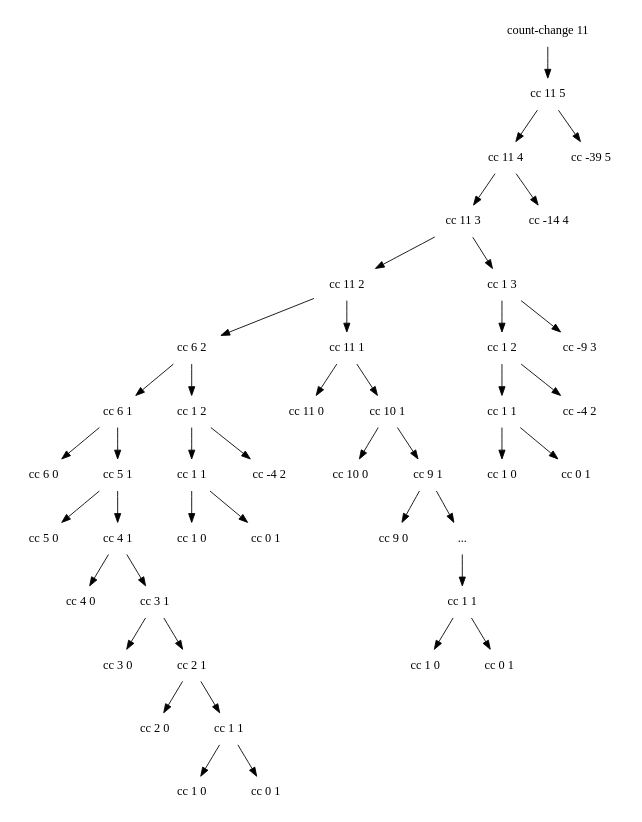
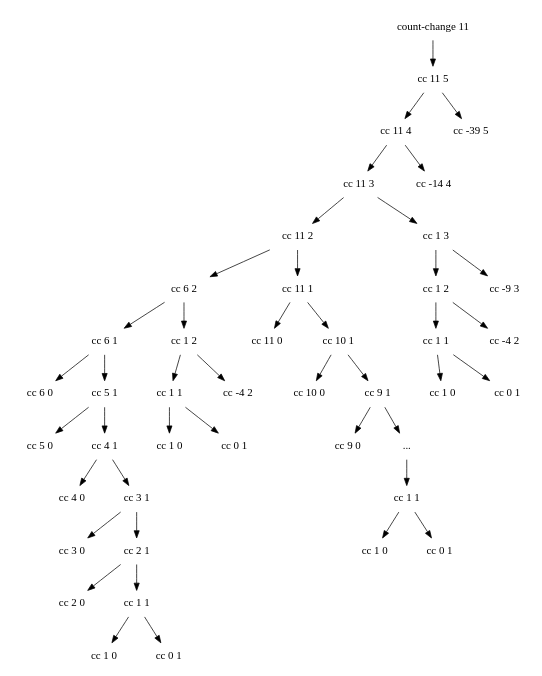
The diagram in res/ch01-ex14.dot (scjung/sicp), drawn with Graphviz before and after one commit. The commit also changed 7 other files, not shown here.

```diff
--- a/res/ch01-ex14.dot
+++ b/res/ch01-ex14.dot
@@ -1,89 +1,90 @@
 digraph G {
-size="8,8";
-1 [label="count-change 11", shape="none", fontname="Courier New Bold"];
-2 [label="cc 11 5", shape="none", fontname="Courier New Bold"];
-21 [label="cc 11 4", shape="none", fontname="Courier New Bold"];
-211 [label="cc 11 3", shape="none", fontname="Courier New Bold"];
-2111 [label="cc 11 2", shape="none", fontname="Courier New Bold"];
-21112 [label="cc 6 2", shape="none", fontname="Courier New Bold"];
-211121 [label="cc 6 1", shape="none", fontname="Courier New Bold"];
-2111211 [label="cc 6 0", shape="none", fontname="Courier New Bold"];
-2111212 [label="cc 5 1", shape="none", fontname="Courier New Bold"];
-21112121 [label="cc 5 0", shape="none", fontname="Courier New Bold"];
-21112122 [label="cc 4 1", shape="none", fontname="Courier New Bold"];
+size="6.5,6.5";
+ratio="compress";
+1 [label="count-change 11", shape="none", fontsize=15, fontname="Courier New Bold"];
+2 [label="cc 11 5", shape="none", fontsize=15, fontname="Courier New Bold"];
+21 [label="cc 11 4", shape="none", fontsize=15, fontname="Courier New Bold"];
+211 [label="cc 11 3", shape="none", fontsize=15, fontname="Courier New Bold"];
+2111 [label="cc 11 2", shape="none", fontsize=15, fontname="Courier New Bold"];
+21112 [label="cc 6 2", shape="none", fontsize=15, fontname="Courier New Bold"];
+211121 [label="cc 6 1", shape="none", fontsize=15, fontname="Courier New Bold"];
+2111211 [label="cc 6 0", shape="none", fontsize=15, fontname="Courier New Bold"];
+2111212 [label="cc 5 1", shape="none", fontsize=15, fontname="Courier New Bold"];
+21112121 [label="cc 5 0", shape="none", fontsize=15, fontname="Courier New Bold"];
+21112122 [label="cc 4 1", shape="none", fontsize=15, fontname="Courier New Bold"];
 2111212 -> 21112121;
 2111212 -> 21112122;
-211121221 [label="cc 4 0", shape="none", fontname="Courier New Bold"];
-211121222 [label="cc 3 1", shape="none", fontname="Courier New Bold"];
+211121221 [label="cc 4 0", shape="none", fontsize=15, fontname="Courier New Bold"];
+211121222 [label="cc 3 1", shape="none", fontsize=15, fontname="Courier New Bold"];
 21112122 -> 211121221;
 21112122 -> 211121222;
-2111212221 [label="cc 3 0", shape="none", fontname="Courier New Bold"];
-2111212222 [label="cc 2 1", shape="none", fontname="Courier New Bold"];
+2111212221 [label="cc 3 0", shape="none", fontsize=15, fontname="Courier New Bold"];
+2111212222 [label="cc 2 1", shape="none", fontsize=15, fontname="Courier New Bold"];
 211121222 -> 2111212221;
 211121222 -> 2111212222;
-21112122221 [label="cc 2 0", shape="none", fontname="Courier New Bold"];
-21112122222 [label="cc 1 1", shape="none", fontname="Courier New Bold"];
+21112122221 [label="cc 2 0", shape="none", fontsize=15, fontname="Courier New Bold"];
+21112122222 [label="cc 1 1", shape="none", fontsize=15, fontname="Courier New Bold"];
 2111212222 -> 21112122221;
 2111212222 -> 21112122222;
-211121222221 [label="cc 1 0", shape="none", fontname="Courier New Bold"];
-211121222222 [label="cc 0 1", shape="none", fontname="Courier New Bold"];
+211121222221 [label="cc 1 0", shape="none", fontsize=15, fontname="Courier New Bold"];
+211121222222 [label="cc 0 1", shape="none", fontsize=15, fontname="Courier New Bold"];
 21112122222 -> 211121222221;
 21112122222 -> 211121222222;
 
-211122 [label="cc 1 2", shape="none", fontname="Courier New Bold"];
-2111221 [label="cc 1 1", shape="none", fontname="Courier New Bold"];
-21112211 [label="cc 1 0", shape="none", fontname="Courier New Bold"];
-21112212 [label="cc 0 1", shape="none", fontname="Courier New Bold"];
-2111222 [label="cc -4 2", shape="none", fontname="Courier New Bold"];
+211122 [label="cc 1 2", shape="none", fontsize=15, fontname="Courier New Bold"];
+2111221 [label="cc 1 1", shape="none", fontsize=15, fontname="Courier New Bold"];
+21112211 [label="cc 1 0", shape="none", fontsize=15, fontname="Courier New Bold"];
+21112212 [label="cc 0 1", shape="none", fontsize=15, fontname="Courier New Bold"];
+2111222 [label="cc -4 2", shape="none", fontsize=15, fontname="Courier New Bold"];
 211122 -> 2111221;
 211122 -> 2111222;
 2111221 -> 21112211;
 2111221 -> 21112212;
-2112 [label="cc 1 3", shape="none", fontname="Courier New Bold"];
-21121 [label="cc 1 2", shape="none", fontname="Courier New Bold"];
-211211 [label="cc 1 1", shape="none", fontname="Courier New Bold"];
-2112111 [label="cc 1 0", shape="none", fontname="Courier New Bold"];
-2112112 [label="cc 0 1", shape="none", fontname="Courier New Bold"];
-211212 [label="cc -4 2", shape="none", fontname="Courier New Bold"];
-21122 [label="cc -9 3", shape="none", fontname="Courier New Bold"];
-212 [label="cc -14 4", shape="none", fontname="Courier New Bold"];
-22 [label="cc -39 5", shape="none", fontname="Courier New Bold"];
-21111 [label="cc 11 1", shape="none", fontname="Courier New Bold"];
-211111 [label="cc 11 0", shape="none", fontname="Courier New Bold"];
-211112 [label="cc 10 1", shape="none", fontname="Courier New Bold"];
-2111121 [label="cc 10 0", shape="none", fontname="Courier New Bold"];
-2111122 [label="cc 9 1", shape="none", fontname="Courier New Bold"];
-21111221 [label="cc 9 0", shape="none", fontname="Courier New Bold"];
-21111222 [label="...", shape="none", fontname="Courier New Bold"];
-211112221 [label="cc 1 1", shape="none", fontname="Courier New Bold"];
-2111122211 [label="cc 1 0", shape="none", fontname="Courier New Bold"];
-2111122212 [label="cc 0 1", shape="none", fontname="Courier New Bold"];
+2112 [label="cc 1 3", shape="none", fontsize=15, fontname="Courier New Bold"];
+21121 [label="cc 1 2", shape="none", fontsize=15, fontname="Courier New Bold"];
+211211 [label="cc 1 1", shape="none", fontsize=15, fontname="Courier New Bold"];
+2112111 [label="cc 1 0", shape="none", fontsize=15, fontname="Courier New Bold"];
+2112112 [label="cc 0 1", shape="none", fontsize=15, fontname="Courier New Bold"];
+211212 [label="cc -4 2", shape="none", fontsize=15, fontname="Courier New Bold"];
+21122 [label="cc -9 3", shape="none", fontsize=15, fontname="Courier New Bold"];
+212 [label="cc -14 4", shape="none", fontsize=15, fontname="Courier New Bold"];
+22 [label="cc -39 5", shape="none", fontsize=15, fontname="Courier New Bold"];
+21111 [label="cc 11 1", shape="none", fontsize=15, fontname="Courier New Bold"];
+211111 [label="cc 11 0", shape="none", fontsize=15, fontname="Courier New Bold"];
+211112 [label="cc 10 1", shape="none", fontsize=15, fontname="Courier New Bold"];
+2111121 [label="cc 10 0", shape="none", fontsize=15, fontname="Courier New Bold"];
+2111122 [label="cc 9 1", shape="none", fontsize=15, fontname="Courier New Bold"];
+21111221 [label="cc 9 0", shape="none", fontsize=15, fontname="Courier New Bold"];
+21111222 [label="...", shape="none", fontsize=15, fontname="Courier New Bold"];
+211112221 [label="cc 1 1", shape="none", fontsize=15, fontname="Courier New Bold"];
+2111122211 [label="cc 1 0", shape="none", fontsize=15, fontname="Courier New Bold"];
+2111122212 [label="cc 0 1", shape="none", fontsize=15, fontname="Courier New Bold"];
 2111122 -> 21111221;
 2111122 -> 21111222;
 21111222 -> 211112221;
 211112221 -> 2111122211;
 211112221 -> 2111122212;
 211211 -> 2112111;
 211211 -> 2112112;
 21112 -> 211121;
 21112 -> 211122;
 211121 -> 2111211;
 211121 -> 2111212;
 1 -> 2;
 2 -> 21;
 2 -> 22;
 21 -> 211;
 21 -> 212;
 211 -> 2111;
 211 -> 2112;
 2112 -> 21121;
 2112 -> 21122;
 2111 -> 21111;
 2111 -> 21112;
 21111 -> 211111;
 21111 -> 211112;
 211112 -> 2111121;
 211112 -> 2111122;
 21121 -> 211211;
 21121 -> 211212;
 }
```
